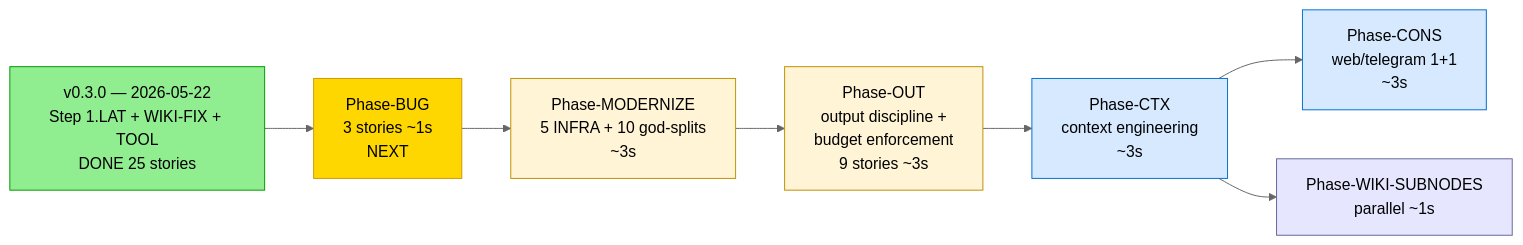
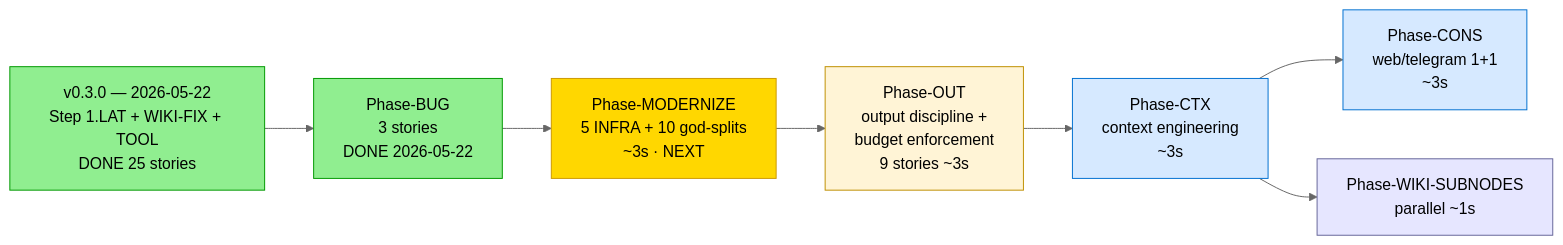
One commit to chetto1983/Aura changed the second of 4 diagrams in README.md. Above: the diagram before and after it, drawn with Mermaid (neutral theme). The commit also changed other lines of this file and 2 other files, not shown here.

Commit message:
Upt docs

````diff
--- a/README.md
+++ b/README.md
@@ -174,17 +175,17 @@
 ```mermaid
 flowchart LR
-  V03[v0.3.0 — 2026-05-22<br/>Step 1.LAT + WIKI-FIX + TOOL<br/>DONE 25 stories] --> BUG[Phase-BUG<br/>3 stories ~1s<br/>NEXT]
-  BUG --> MOD[Phase-MODERNIZE<br/>5 INFRA + 10 god-splits<br/>~3s]
+  V03[v0.3.0 — 2026-05-22<br/>Step 1.LAT + WIKI-FIX + TOOL<br/>DONE 25 stories] --> BUG[Phase-BUG<br/>3 stories<br/>DONE 2026-05-22]
+  BUG --> MOD[Phase-MODERNIZE<br/>5 INFRA + 10 god-splits<br/>~3s · NEXT]
   MOD --> OUT[Phase-OUT<br/>output discipline +<br/>budget enforcement<br/>9 stories ~3s]
   OUT --> CTX[Phase-CTX<br/>context engineering<br/>~3s]
   CTX --> CONS[Phase-CONS<br/>web/telegram 1+1<br/>~3s]
   CTX --> SUB[Phase-WIKI-SUBNODES<br/>parallel ~1s]
 
   style V03 fill:#90ee90,stroke:#009900
-  style BUG fill:#ffd700,stroke:#cc9900
-  style MOD fill:#fff4d6,stroke:#bf9000
+  style BUG fill:#90ee90,stroke:#009900
+  style MOD fill:#ffd700,stroke:#cc9900
   style OUT fill:#fff4d6,stroke:#bf9000
   style CTX fill:#d6e9ff,stroke:#0070d0
   style CONS fill:#d6e9ff,stroke:#0070d0
   style SUB fill:#e6e6ff,stroke:#666699
 ```
````
